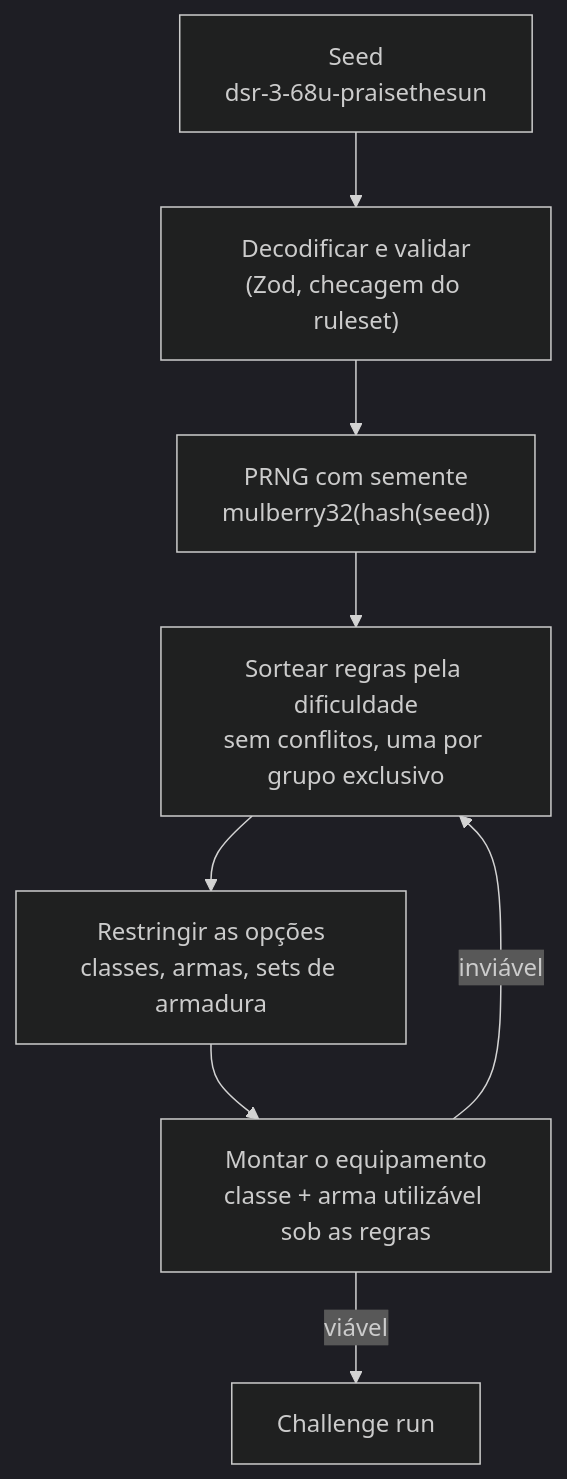
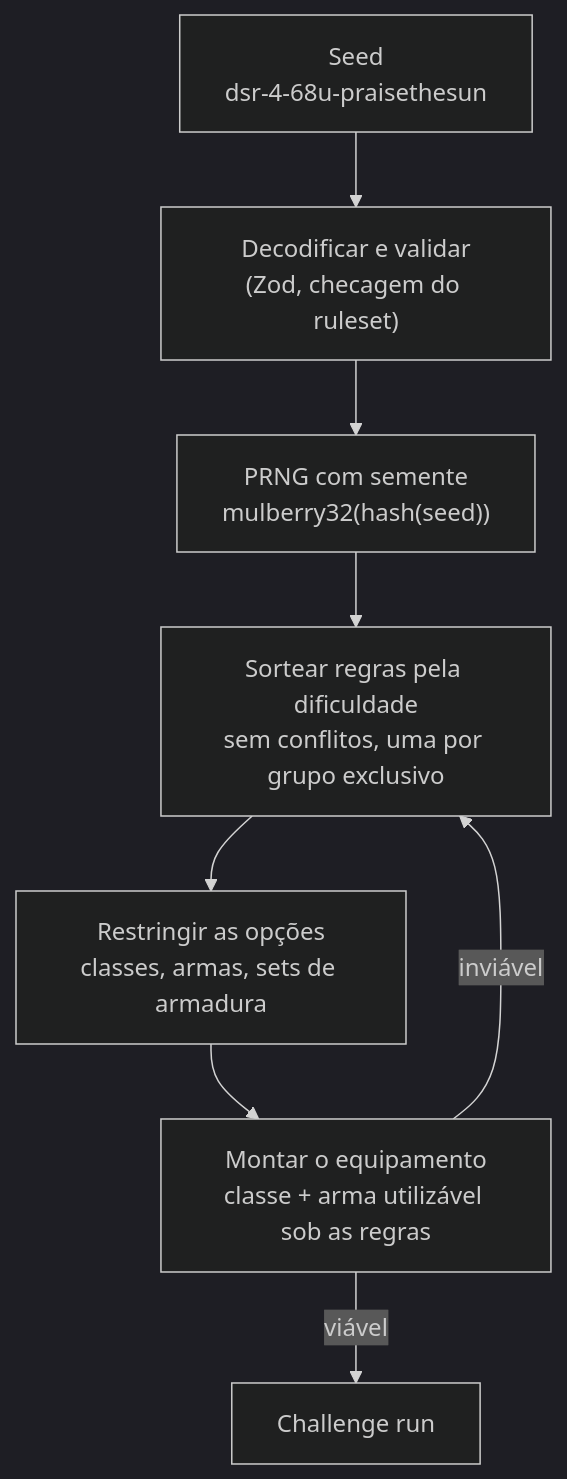
Before and after one commit to localhost-ayu/souls-challenge-generator: the diagram in README.pt-BR.md, drawn with Mermaid (dark theme). The commit also changed other lines of this file and 13 other files, not shown here.

````diff
--- a/README.pt-BR.md
+++ b/README.pt-BR.md
@@ -41,10 +41,10 @@
 ```mermaid
 flowchart TD
-    seed["Seed<br/>dsr-3-68u-praisethesun"] --> decode["Decodificar e validar<br/>(Zod, checagem do ruleset)"]
+    seed["Seed<br/>dsr-4-68u-praisethesun"] --> decode["Decodificar e validar<br/>(Zod, checagem do ruleset)"]
     decode --> rng["PRNG com semente<br/>mulberry32(hash(seed))"]
     rng --> select["Sortear regras pela dificuldade<br/>sem conflitos, uma por grupo exclusivo"]
     select --> narrow["Restringir as opções<br/>classes, armas, sets de armadura"]
     narrow --> resolve["Montar o equipamento<br/>classe + arma utilizável sob as regras"]
     resolve -->|viável| run["Challenge run"]
     resolve -->|inviável| select
 ```
````
